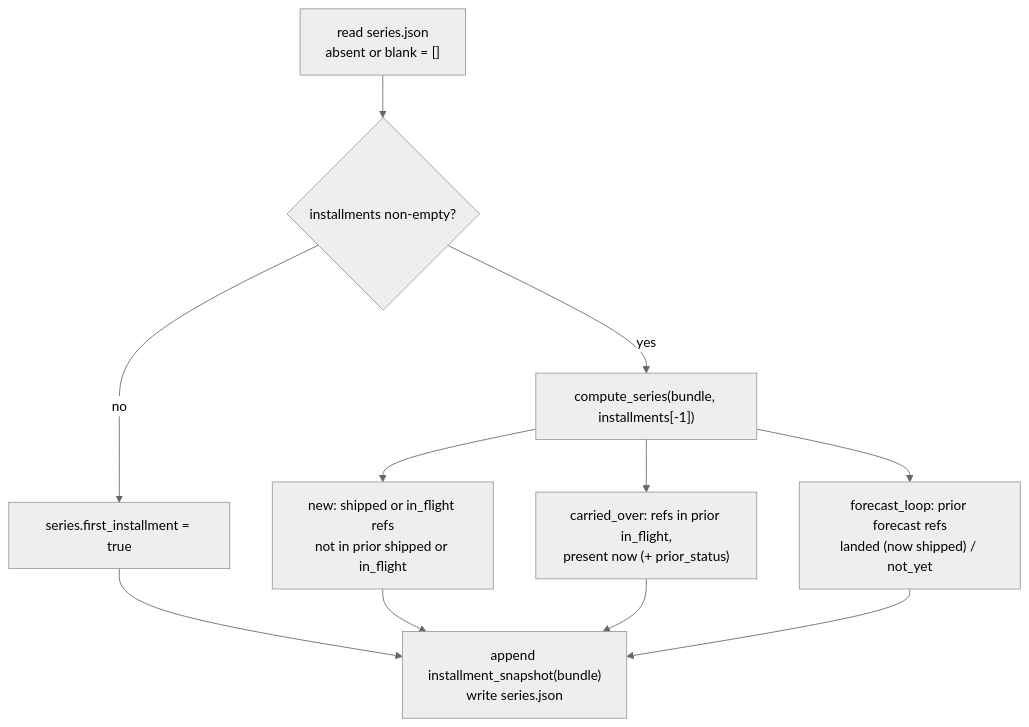
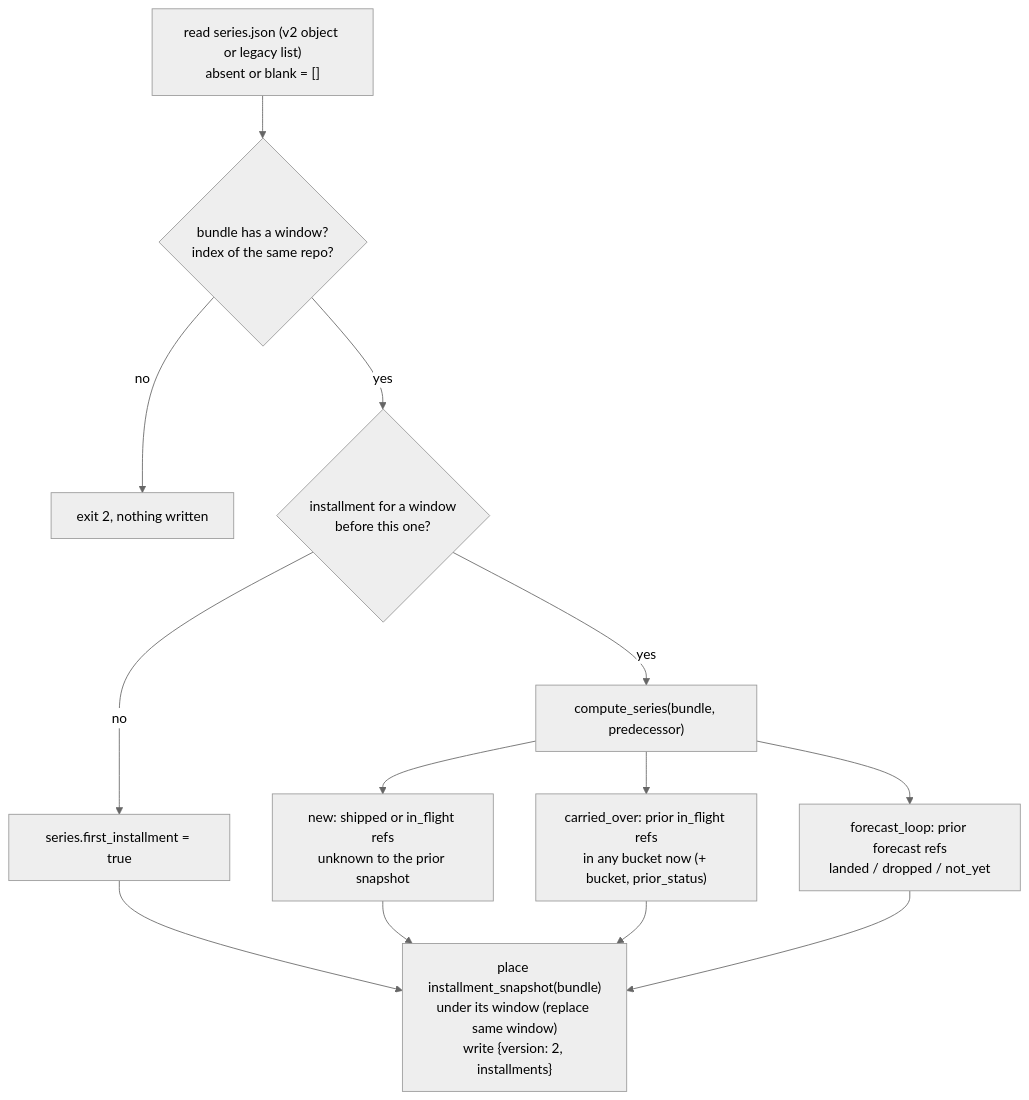
The tenth of 11 diagrams in .claude/skills/activity-overview/docs/LLD.md (DamianFlynn/experiments), drawn with Mermaid (neutral theme) before and after one commit. The commit also changed other lines of this file and 16 other files, not shown here.

````diff
--- a/.claude/skills/activity-overview/docs/LLD.md
+++ b/.claude/skills/activity-overview/docs/LLD.md
@@ -759,13 +759,15 @@
 ```mermaid
 flowchart TB
-  load["read series.json<br/>absent or blank = []"] --> prior{"installments non-empty?"}
+  load["read series.json (v2 object or legacy list)<br/>absent or blank = []"] --> chk{"bundle has a window?<br/>index of the same repo?"}
+  chk -- no --> refuse["exit 2, nothing written"]
+  chk -- yes --> prior{"installment for a window<br/>before this one?"}
   prior -- no --> first["series.first_installment = true"]
-  prior -- yes --> cmp["compute_series(bundle, installments[-1])"]
-  cmp --> new["new: shipped or in_flight refs<br/>not in prior shipped or in_flight"]
-  cmp --> car["carried_over: refs in prior in_flight,<br/>present now (+ prior_status)"]
-  cmp --> loop["forecast_loop: prior forecast refs<br/>landed (now shipped) / not_yet"]
+  prior -- yes --> cmp["compute_series(bundle, predecessor)"]
+  cmp --> new["new: shipped or in_flight refs<br/>unknown to the prior snapshot"]
+  cmp --> car["carried_over: prior in_flight refs<br/>in any bucket now (+ bucket, prior_status)"]
+  cmp --> loop["forecast_loop: prior forecast refs<br/>landed / dropped / not_yet"]
   first --> snap
   new --> snap
   car --> snap
-  loop --> snap["append installment_snapshot(bundle)<br/>write series.json"]
+  loop --> snap["place installment_snapshot(bundle)<br/>under its window (replace same window)<br/>write {version: 2, installments}"]
 ```
````
